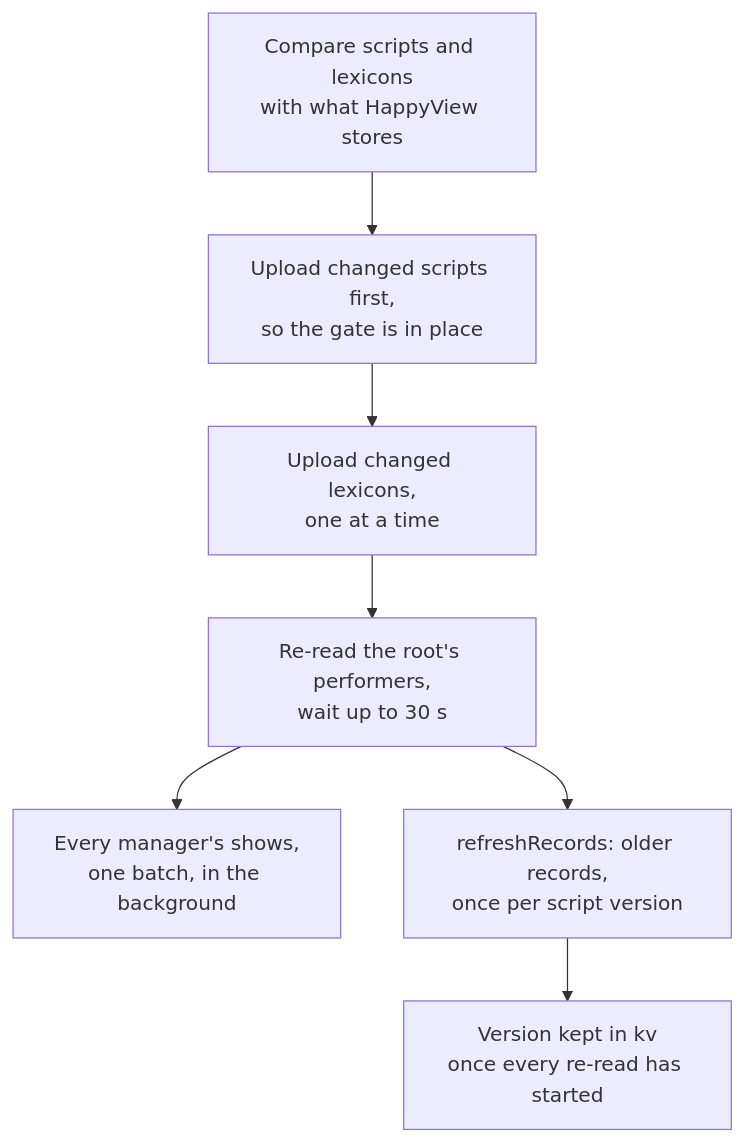
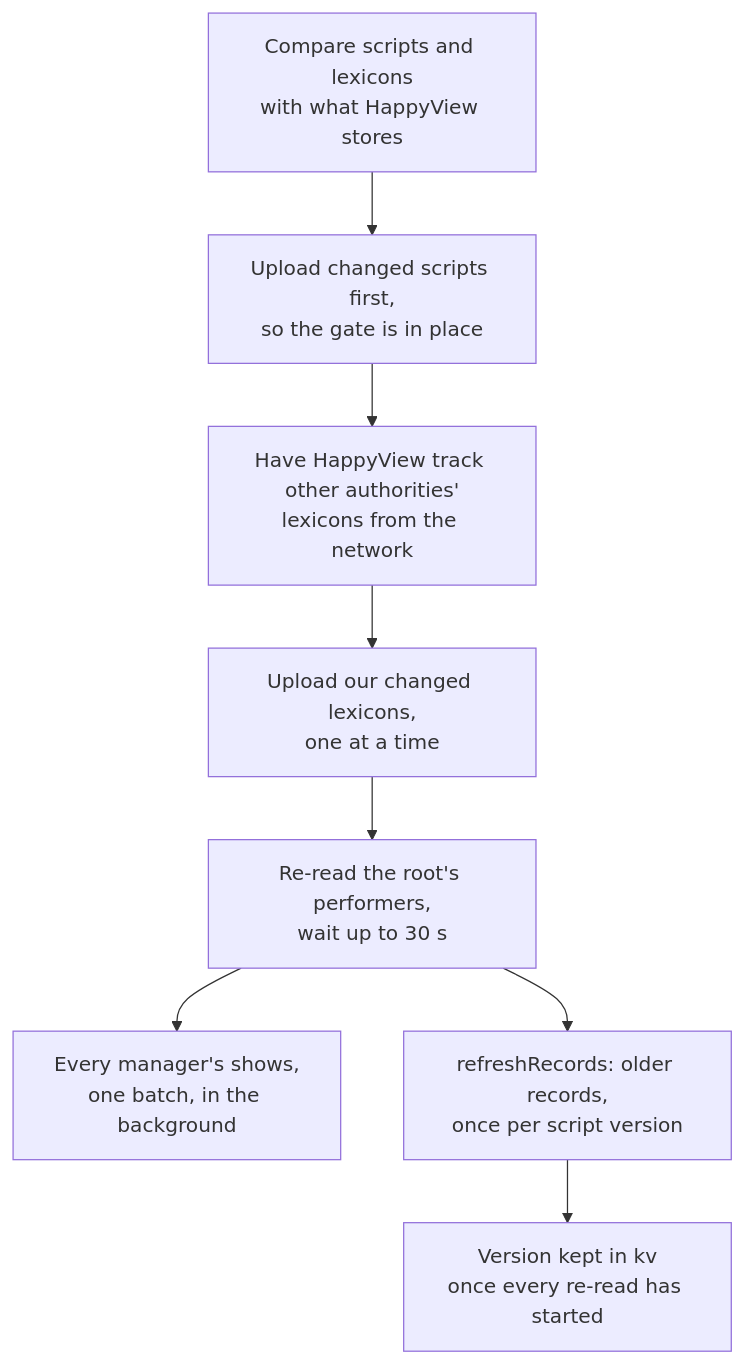
One commit to cutenode/localnetwork changed the third of 7 diagrams in apps/web/docs/diagrams/jobs-and-directory.md. Above: the diagram before and after it, drawn with Mermaid. The commit also changed 37 other files, not shown here.

First line of the commit message:
feat(web): read other authorities' lexicons from the network instead of vendoring them

````diff
--- a/apps/web/docs/diagrams/jobs-and-directory.md
+++ b/apps/web/docs/diagrams/jobs-and-directory.md
@@ -62,9 +62,10 @@
 ```mermaid
 flowchart TD
   Compare["Compare scripts and lexicons<br/>with what HappyView stores"] --> Scripts["Upload changed scripts first,<br/>so the gate is in place"]
-  Scripts --> Lexicons["Upload changed lexicons,<br/>one at a time"]
+  Scripts --> Network["Have HappyView track other authorities'<br/>lexicons from the network"]
+  Network --> Lexicons["Upload our changed lexicons,<br/>one at a time"]
   Lexicons --> Root["Re-read the root's performers,<br/>wait up to 30 s"]
   Root --> Shows["Every manager's shows,<br/>one batch, in the background"]
   Root --> Refresh["refreshRecords: older records,<br/>once per script version"]
   Refresh --> Kv["Version kept in kv<br/>once every re-read has started"]
 ```
````
